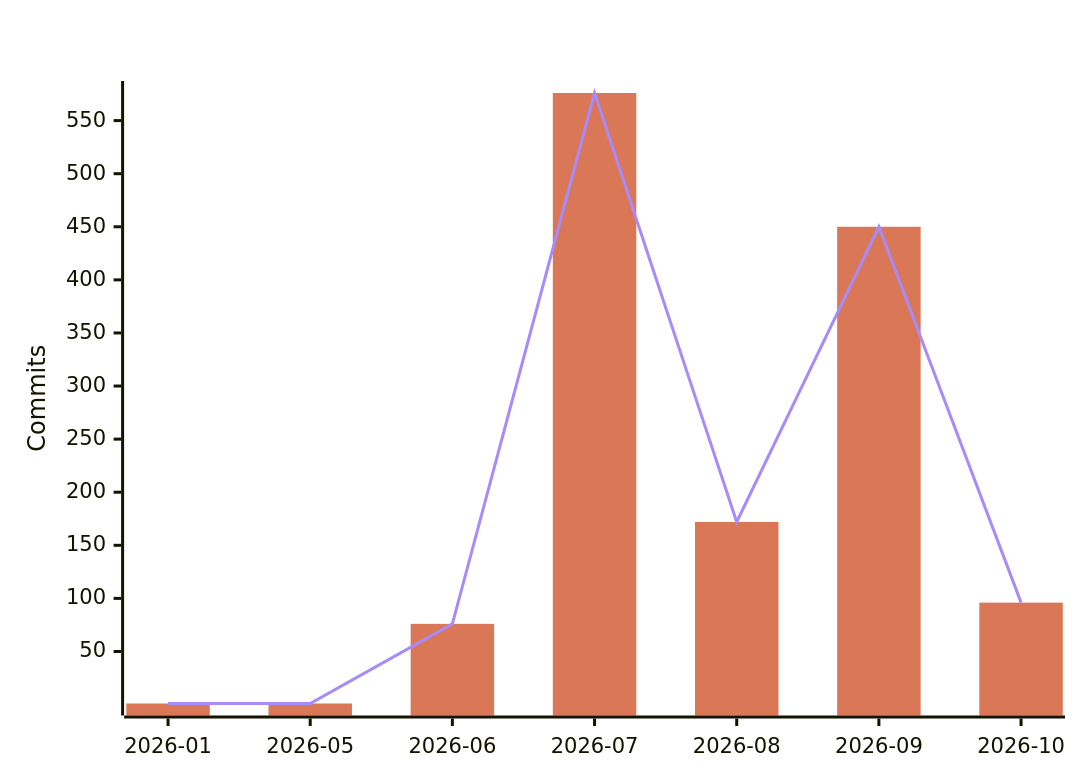
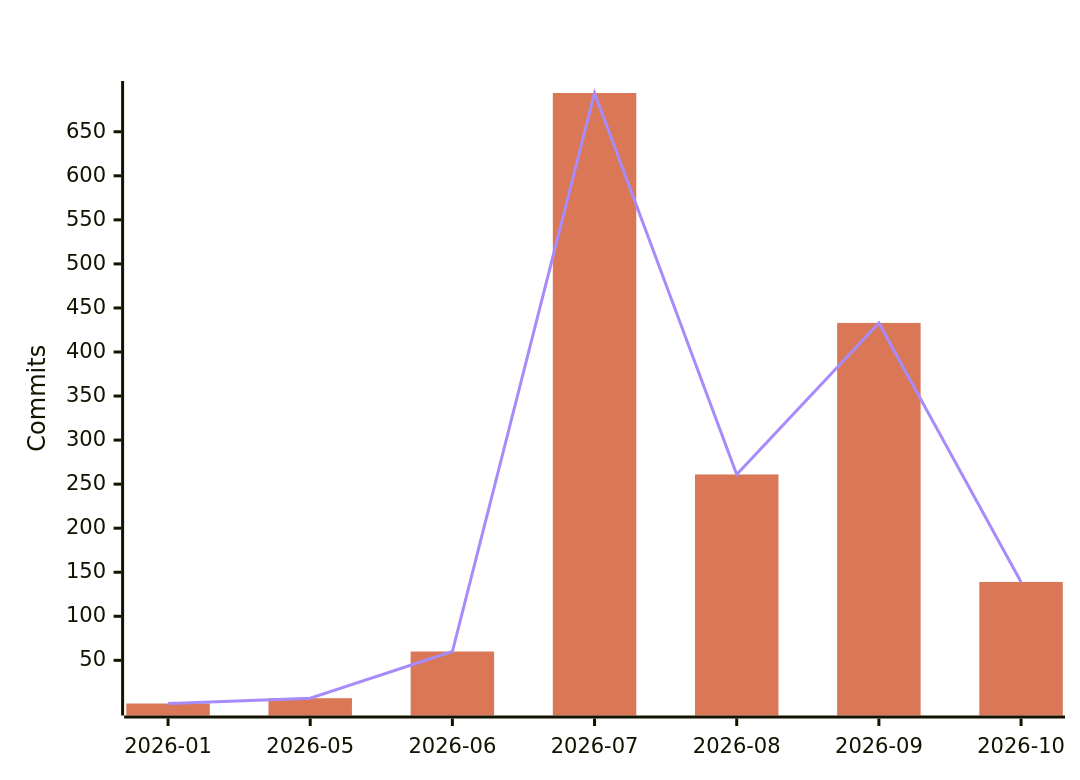
The fourth of 7 diagrams in README.md (polo-nyan/polo-nyan), drawn with Mermaid before and after one commit. The commit also changed other lines of this file and 1 other file, not shown here.

````diff
--- a/README.md
+++ b/README.md
@@ -294,9 +294,9 @@
 ```mermaid
 %%{init: {"xyChart": {"titleColor": "#ffffff", "xAxisLabelColor": "#ffffff", "yAxisLabelColor": "#ffffff"}, "themeVariables": {"xyChart": {"titleColor": "#ffffff", "plotColorPalette": "#d97757, #a78bfa"}}}}%%
 xychart-beta
     title "AI-Assisted Commits Per Month"
     x-axis ["2026-01", "2026-05", "2026-06", "2026-07", "2026-08", "2026-09", "2026-10"]
     y-axis "Commits"
-    bar [1, 1, 76, 576, 172, 450, 96]
-    line [1, 1, 76, 576, 172, 450, 96]
+    bar [1, 7, 60, 694, 261, 433, 139]
+    line [1, 7, 60, 694, 261, 433, 139]
 ```
````
